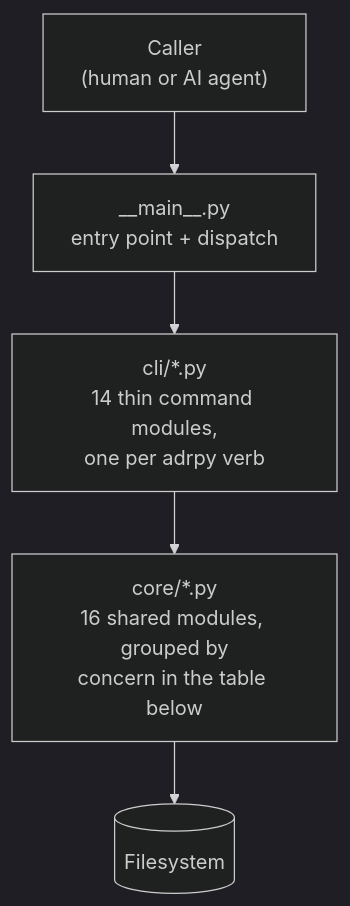
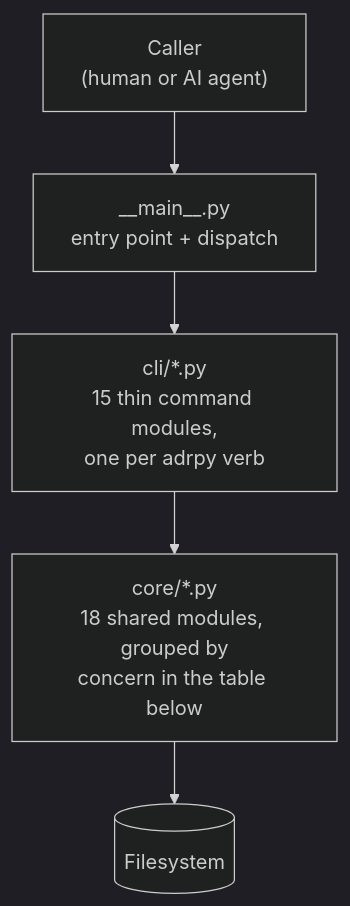
The first of 6 diagrams in doc/architecture.md (FRACerqueira/adrpy-ai), drawn with Mermaid (dark theme) before and after one commit. The commit also changed other lines of this file and 65 other files, not shown here.

````diff
--- a/doc/architecture.md
+++ b/doc/architecture.md
@@ -53,7 +54,7 @@
 ```mermaid
 graph TD
     CALLER["Caller<br/>(human or AI agent)"] --> MAIN
     MAIN["__main__.py<br/>entry point + dispatch"] --> CLI
-    CLI["cli/*.py<br/>14 thin command modules,<br/>one per adrpy verb"] --> CORE
-    CORE["core/*.py<br/>16 shared modules, grouped by<br/>concern in the table below"] --> FS[("Filesystem")]
+    CLI["cli/*.py<br/>15 thin command modules,<br/>one per adrpy verb"] --> CORE
+    CORE["core/*.py<br/>18 shared modules, grouped by<br/>concern in the table below"] --> FS[("Filesystem")]
 ```
````
